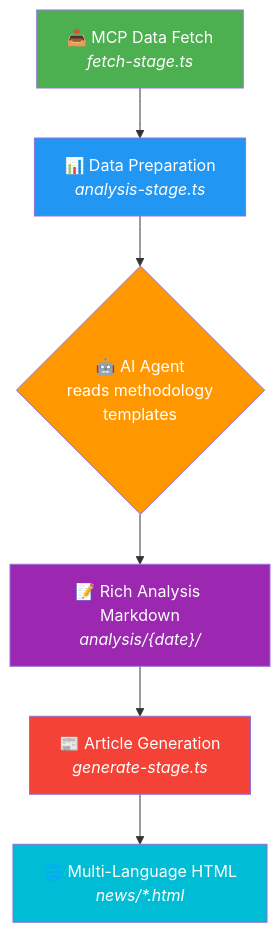
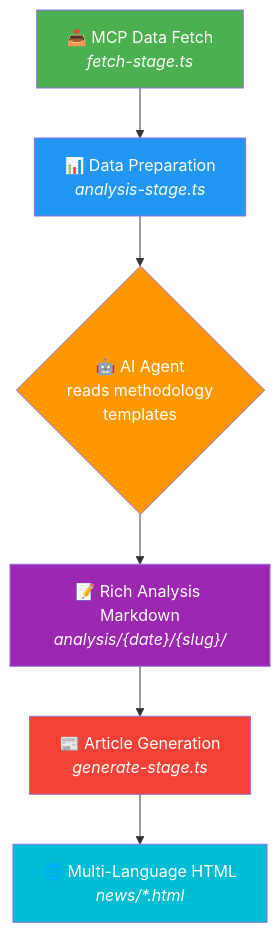
The third of 3 diagrams in docs/analysis-methodology/README.md (Hack23/euparliamentmonitor), drawn with Mermaid before and after one commit. The commit also changed other lines of this file and 11 other files, not shown here.

````diff
--- a/docs/analysis-methodology/README.md
+++ b/docs/analysis-methodology/README.md
@@ -121,15 +121,15 @@
 ```mermaid
 flowchart TD
     A["📥 MCP Data Fetch<br/><em>fetch-stage.ts</em>"] --> B["📊 Data Preparation<br/><em>analysis-stage.ts</em>"]
     B --> C{"🤖 AI Agent<br/>reads methodology<br/>templates"}
-    C --> D["📝 Rich Analysis Markdown<br/><em>analysis/{date}/</em>"]
+    C --> D["📝 Rich Analysis Markdown<br/><em>analysis/{date}/{slug}/</em>"]
     D --> E["📰 Article Generation<br/><em>generate-stage.ts</em>"]
     E --> F["🌐 Multi-Language HTML<br/><em>news/*.html</em>"]
 
     style A fill:#4CAF50,color:#fff
     style B fill:#2196F3,color:#fff
     style C fill:#FF9800,color:#fff
     style D fill:#9C27B0,color:#fff
     style E fill:#F44336,color:#fff
     style F fill:#00BCD4,color:#fff
 ```
````
